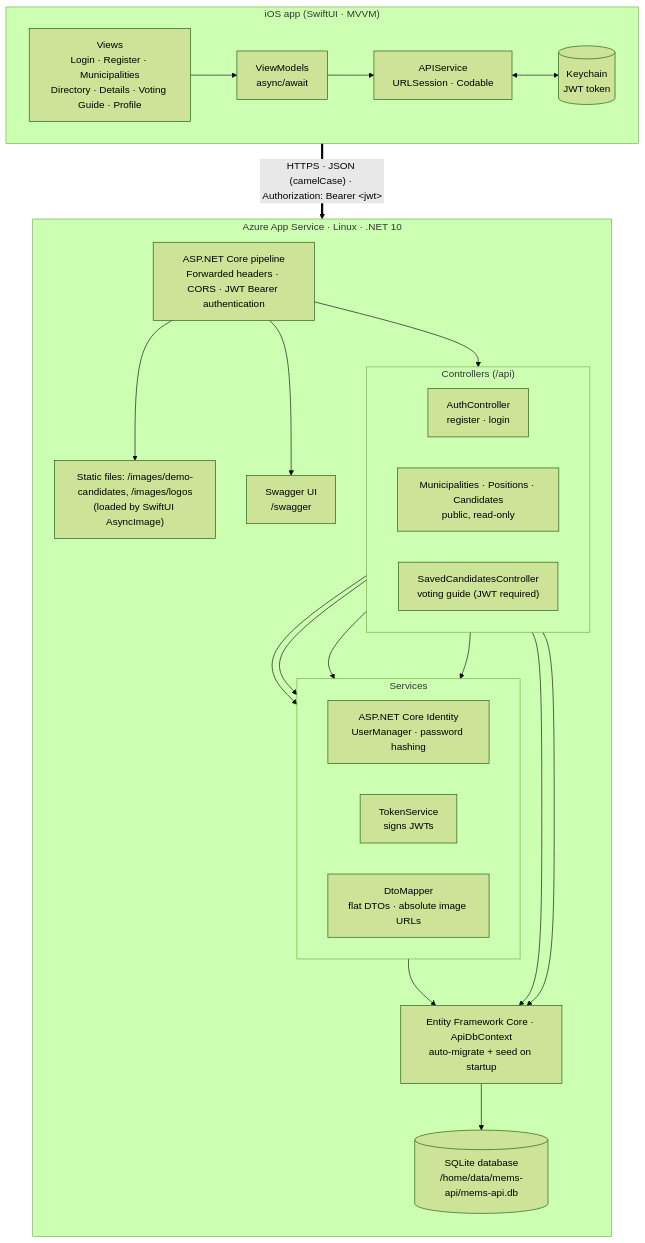
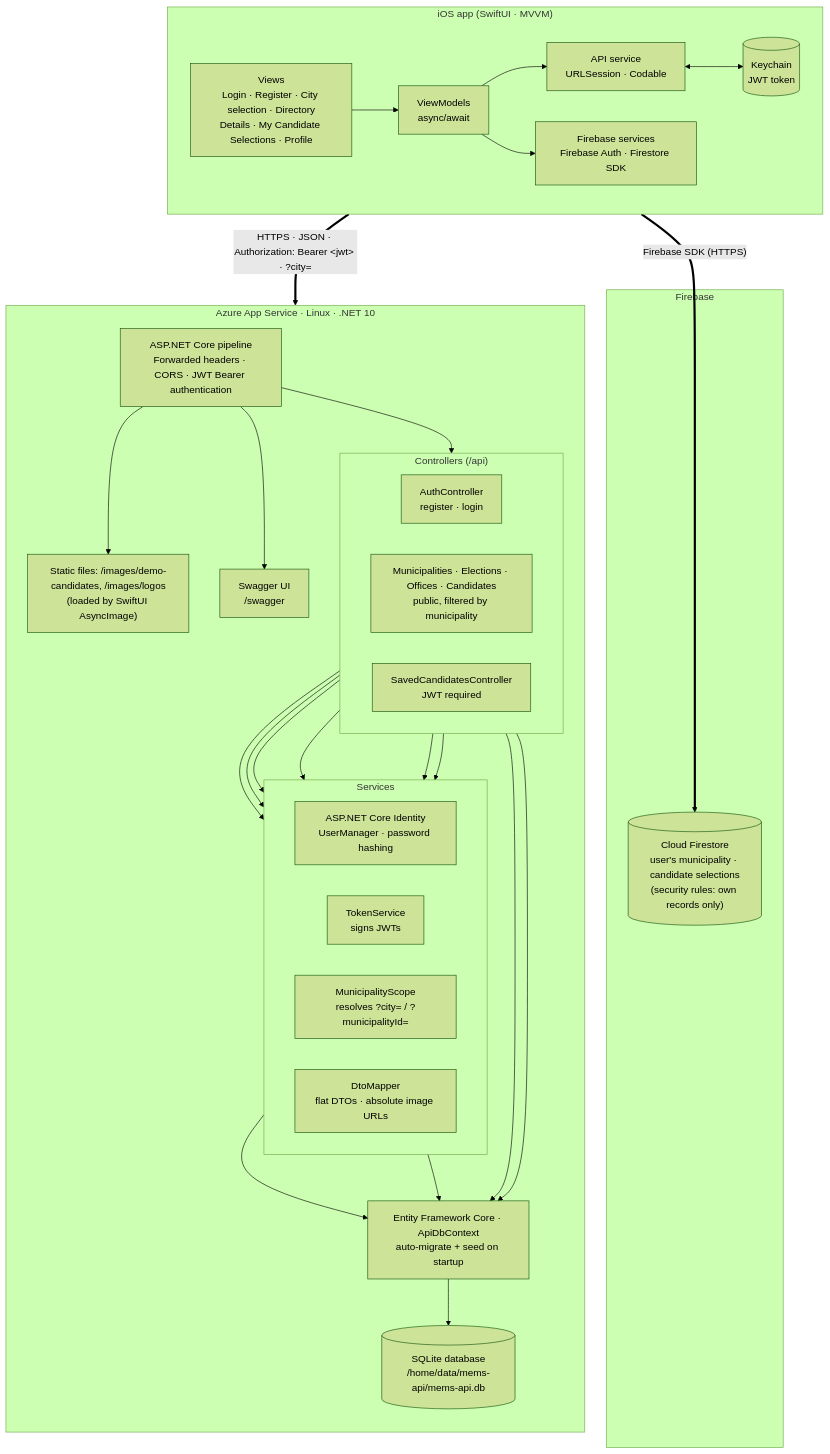
The first of 3 diagrams in README.md (AlexanderFisher-tech/MEMS-Assignment-1-main), drawn with Mermaid (forest theme) before and after one commit. The commit also changed other lines of this file and 17 other files, not shown here.

````diff
--- a/README.md
+++ b/README.md
@@ -48,42 +48,53 @@
 ```mermaid
 flowchart TB
     subgraph iOS["iOS app (SwiftUI · MVVM)"]
         direction LR
-        V["Views<br/>Login · Register · Municipalities<br/>Directory · Details · Voting Guide · Profile"] --> VM["ViewModels<br/>async/await"] --> S["APIService<br/>URLSession · Codable"]
+        V["Views<br/>Login · Register · City selection · Directory<br/>Details · My Candidate Selections · Profile"] --> VM["ViewModels<br/>async/await"]
+        VM --> S["API service<br/>URLSession · Codable"]
+        VM --> FS["Firebase services<br/>Firebase Auth · Firestore SDK"]
         S <--> K[("Keychain<br/>JWT token")]
     end
 
-    S ==>|"HTTPS · JSON (camelCase) · Authorization: Bearer &lt;jwt&gt;"| P
+    S ==>|"HTTPS · JSON · Authorization: Bearer &lt;jwt&gt; · ?city="| P
+    FS ==>|"Firebase SDK (HTTPS)"| FB
+
+    subgraph Firebase["Firebase"]
+        FB[("Cloud Firestore<br/>user's municipality · candidate selections<br/>(security rules: own records only)")]
+    end
 
     subgraph Azure["Azure App Service · Linux · .NET 10"]
         direction TB
         P["ASP.NET Core pipeline<br/>Forwarded headers · CORS · JWT Bearer authentication"]
         subgraph Controllers["Controllers (/api)"]
             direction LR
             AC["AuthController<br/>register · login"]
-            BC["Municipalities · Positions · Candidates<br/>public, read-only"]
-            SC["SavedCandidatesController<br/>voting guide (JWT required)"]
+            BC["Municipalities · Elections · Offices · Candidates<br/>public, filtered by municipality"]
+            SC["SavedCandidatesController<br/>JWT required"]
         end
         subgraph Services["Services"]
             direction LR
             ID["ASP.NET Core Identity<br/>UserManager · password hashing"]
             TS["TokenService<br/>signs JWTs"]
+            MS["MunicipalityScope<br/>resolves ?city= / ?municipalityId="]
             DM["DtoMapper<br/>flat DTOs · absolute image URLs"]
         end
         EF["Entity Framework Core · ApiDbContext<br/>auto-migrate + seed on startup"]
         DB[("SQLite database<br/>/home/data/mems-api/mems-api.db")]
         ST["Static files: /images/demo-candidates, /images/logos<br/>(loaded by SwiftUI AsyncImage)"]
         SW["Swagger UI<br/>/swagger"]
         P --> Controllers
         P --> ST
         P --> SW
         AC --> ID
         AC --> TS
+        BC --> MS
         BC --> DM
+        SC --> MS
         SC --> DM
         ID --> EF
+        MS --> EF
         BC --> EF
         SC --> EF
         EF --> DB
     end
 ```
````
